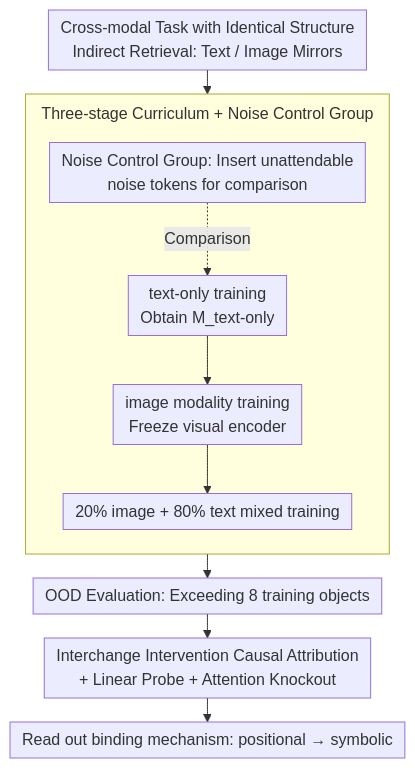
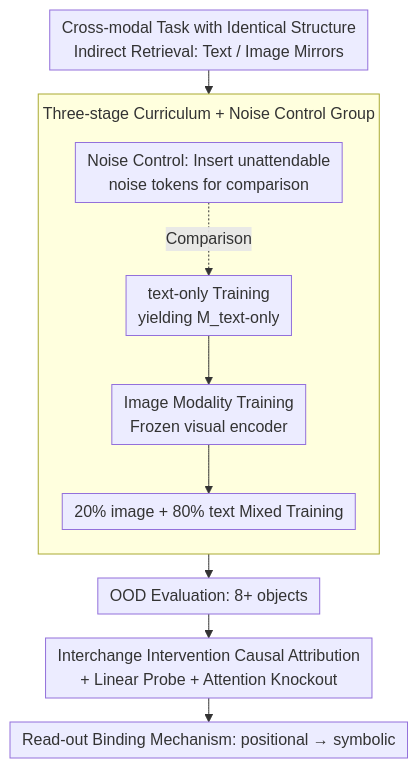
Before and after one commit to zhaoyang97/Paper-Notes-en: the diagram in docs/ICML2026/information_retrieval/seeing_to_generalize_how_visual_data_corrects_binding_shortcuts.md, drawn with Mermaid. The commit also changed other lines of this file and 5084 other files, not shown here.

````diff
--- a/docs/ICML2026/information_retrieval/seeing_to_generalize_how_visual_data_corrects_binding_shortcuts.md
+++ b/docs/ICML2026/information_retrieval/seeing_to_generalize_how_visual_data_corrects_binding_shortcuts.md
@@ -42,14 +42,14 @@
 ```mermaid
 %%{init: {'flowchart': {'rankSpacing': 24, 'nodeSpacing': 28, 'padding': 6, 'wrappingWidth': 400, 'subGraphTitleMargin': {'top': 8, 'bottom': 16}}}}%%
 flowchart TD
     T["Cross-modal Task with Identical Structure<br/>Indirect Retrieval: Text / Image Mirrors"] --> CUR
     subgraph CUR["Three-stage Curriculum + Noise Control Group"]
         direction TB
-        C1["text-only training<br/>Obtain M_text-only"] --> C2["image modality training<br/>Freeze visual encoder"]
-        C2 --> C3["20% image + 80% text mixed training"]
-        NC["Noise Control Group: Insert unattendable<br/>noise tokens for comparison"] -.Comparison.-> C1
+        C1["text-only Training<br/>yielding M_text-only"] --> C2["Image Modality Training<br/>Frozen visual encoder"]
+        C2 --> C3["20% image + 80% text Mixed Training"]
+        NC["Noise Control: Insert unattendable<br/>noise tokens for comparison"] -.Comparison.-> C1
     end
-    CUR --> EV["OOD Evaluation: Exceeding 8 training objects"]
+    CUR --> EV["OOD Evaluation: 8+ objects"]
     EV --> AN["Interchange Intervention Causal Attribution<br/>+ Linear Probe + Attention Knockout"]
-    AN --> R["Read out binding mechanism: positional → symbolic"]
+    AN --> R["Read-out Binding Mechanism: positional → symbolic"]
 ```
````
